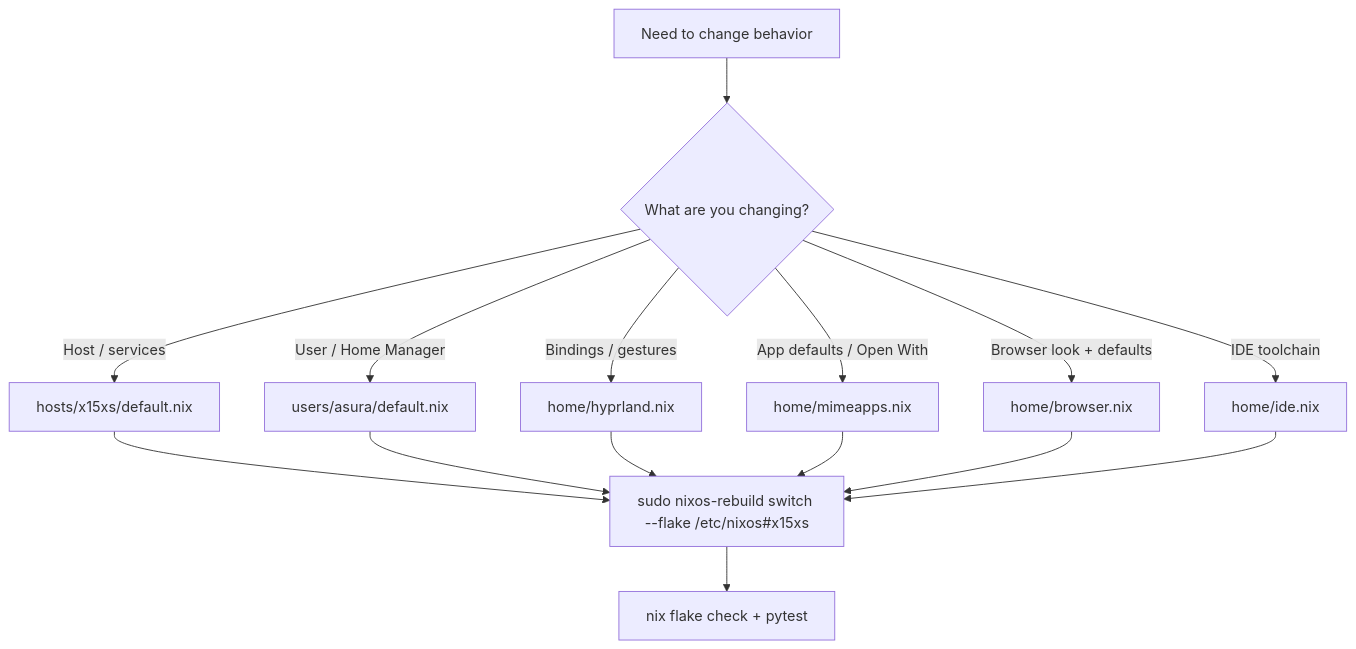
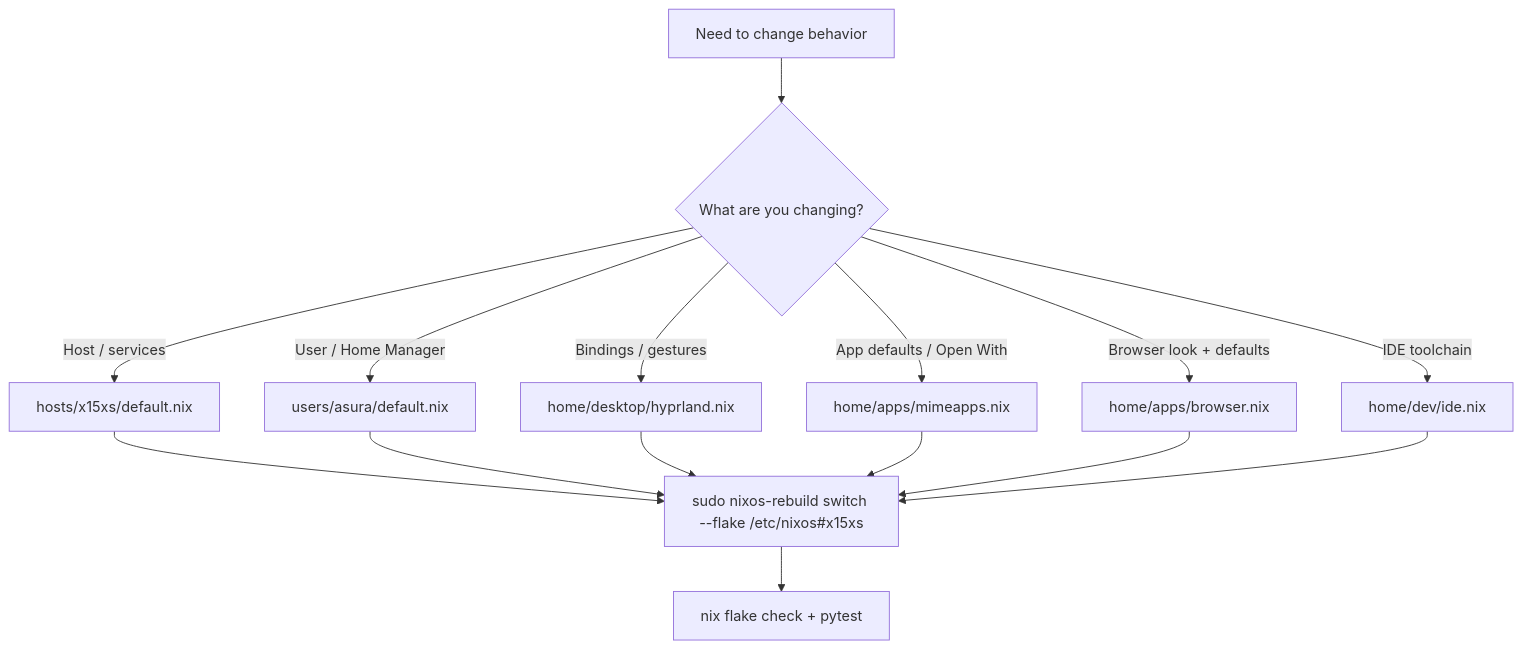
Before and after one commit to Valo-Asura/nixosEnd4: the diagram in README.md, drawn with Mermaid. The commit also changed other lines of this file and 23 other files, not shown here.

````diff
--- a/README.md
+++ b/README.md
@@ -27,17 +27,17 @@
 ```mermaid
 flowchart TD
     A[Need to change behavior] --> B{What are you changing?}
     B -->|Host / services| C[hosts/x15xs/default.nix]
     B -->|User / Home Manager| D[users/asura/default.nix]
-    B -->|Bindings / gestures| E[home/hyprland.nix]
-    B -->|App defaults / Open With| J[home/mimeapps.nix]
-    B -->|Browser look + defaults| F[home/browser.nix]
-    B -->|IDE toolchain| G[home/ide.nix]
+    B -->|Bindings / gestures| E[home/desktop/hyprland.nix]
+    B -->|App defaults / Open With| J[home/apps/mimeapps.nix]
+    B -->|Browser look + defaults| F[home/apps/browser.nix]
+    B -->|IDE toolchain| G[home/dev/ide.nix]
     C --> H[sudo nixos-rebuild switch --flake /etc/nixos#x15xs]
     D --> H
     E --> H
     J --> H
     F --> H
     G --> H
     H --> I[nix flake check + pytest]
 ```
````
